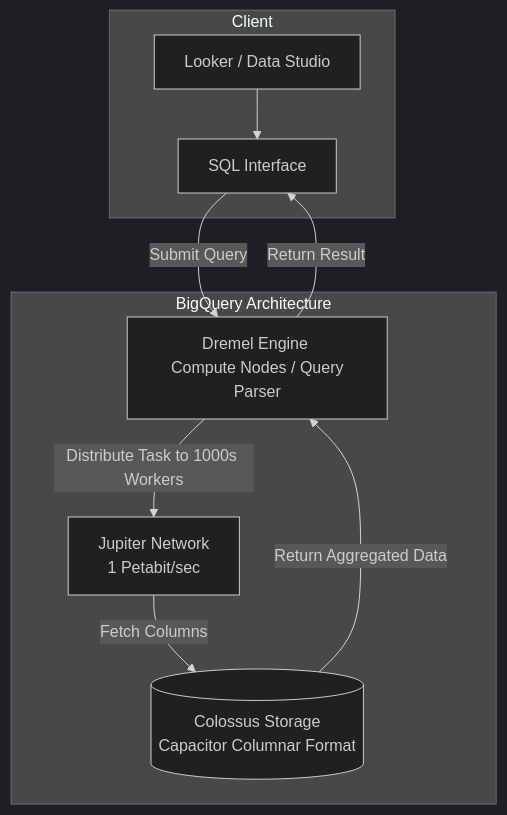
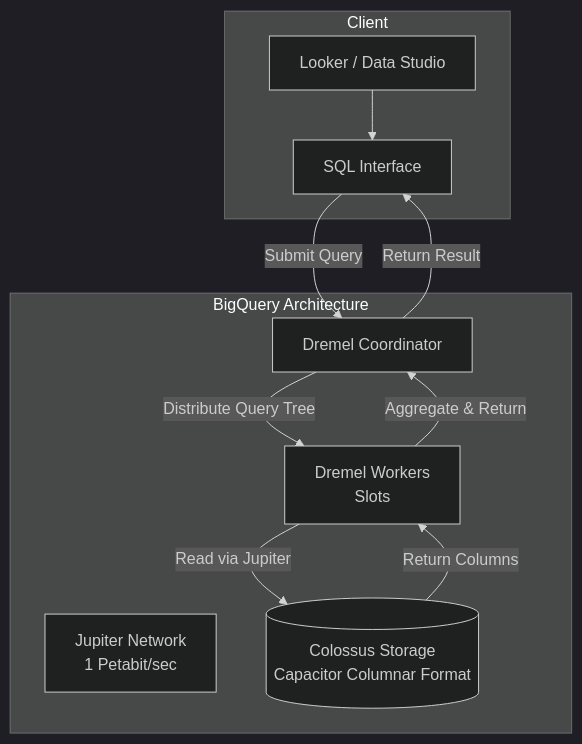
Before and after one commit to kythuatdulieu/kythuatdulieu.github.io: the diagram in src/content/docs/concepts/cloud-data-platform/google-bigquery.md, drawn with Mermaid (dark theme). The commit also changed other lines of this file and 175 other files, not shown here.

Commit message:
docs: content audit, correct Mermaid diagrams, fix external links, and auto-inject popovers

````diff
--- a/src/content/docs/concepts/cloud-data-platform/google-bigquery.md
+++ b/src/content/docs/concepts/cloud-data-platform/google-bigquery.md
@@ -30,20 +30,22 @@
 ```mermaid
 graph TD
     subgraph Client
         BI[Looker / Data Studio]
         SQL[SQL Interface]
     end
 
     subgraph BigQuery Architecture
-        Dremel[Dremel Engine \n Compute Nodes / Query Parser]
+        DremelMaster[Dremel Coordinator]
+        DremelWorkers[Dremel Workers \n Slots]
         Jupiter[Jupiter Network \n 1 Petabit/sec]
         Colossus[(Colossus Storage \n Capacitor Columnar Format)]
     end
 
     BI --> SQL
-    SQL -- "Submit Query" --> Dremel
-    Dremel -- "Distribute Task to 1000s Workers" --> Jupiter
-    Jupiter -- "Fetch Columns" --> Colossus
-    Colossus -- "Return Aggregated Data" --> Dremel
-    Dremel -- "Return Result" --> SQL
+    SQL -- "Submit Query" --> DremelMaster
+    DremelMaster -- "Distribute Query Tree" --> DremelWorkers
+    DremelWorkers -- "Read via Jupiter" --> Colossus
+    Colossus -- "Return Columns" --> DremelWorkers
+    DremelWorkers -- "Aggregate & Return" --> DremelMaster
+    DremelMaster -- "Return Result" --> SQL
 ```
````
